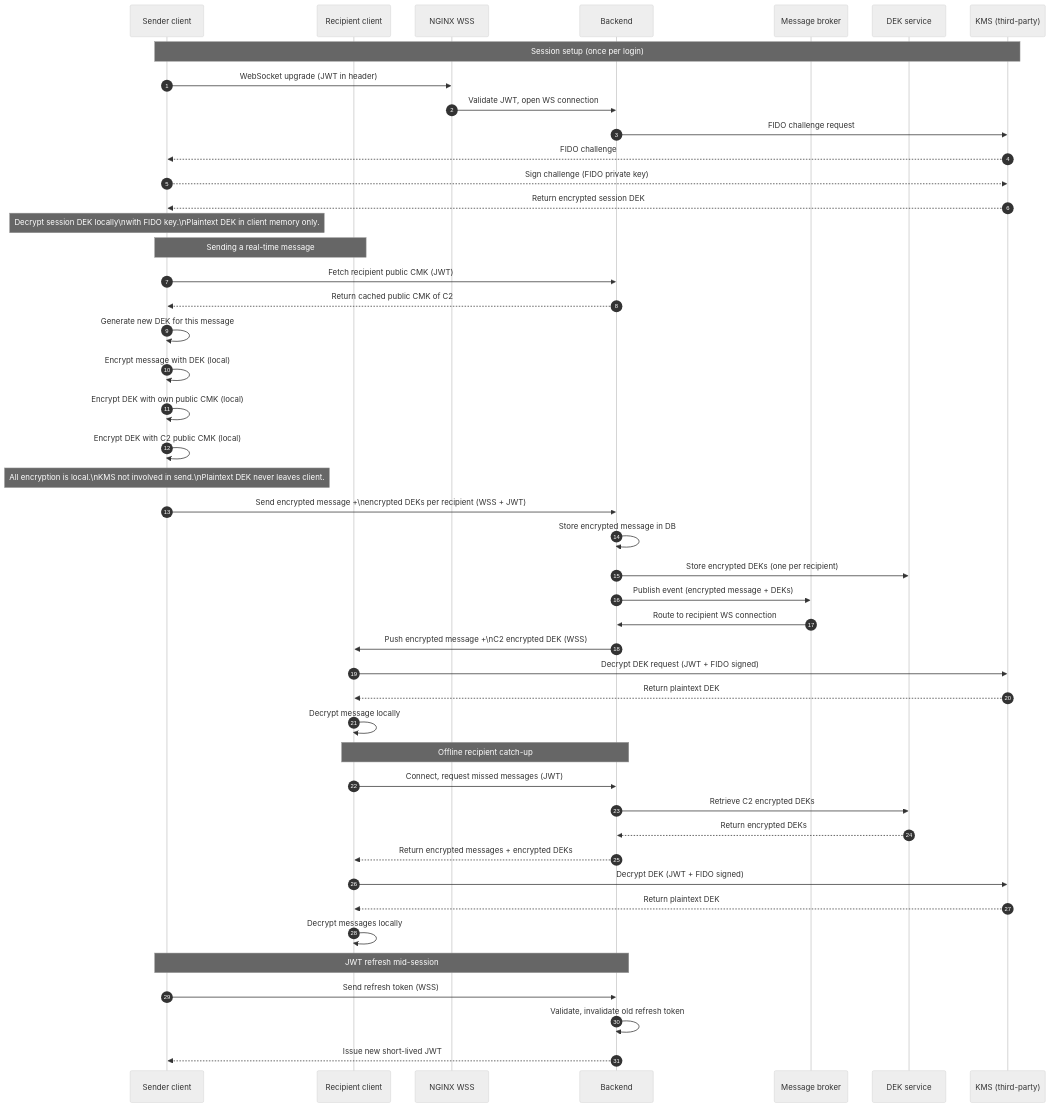
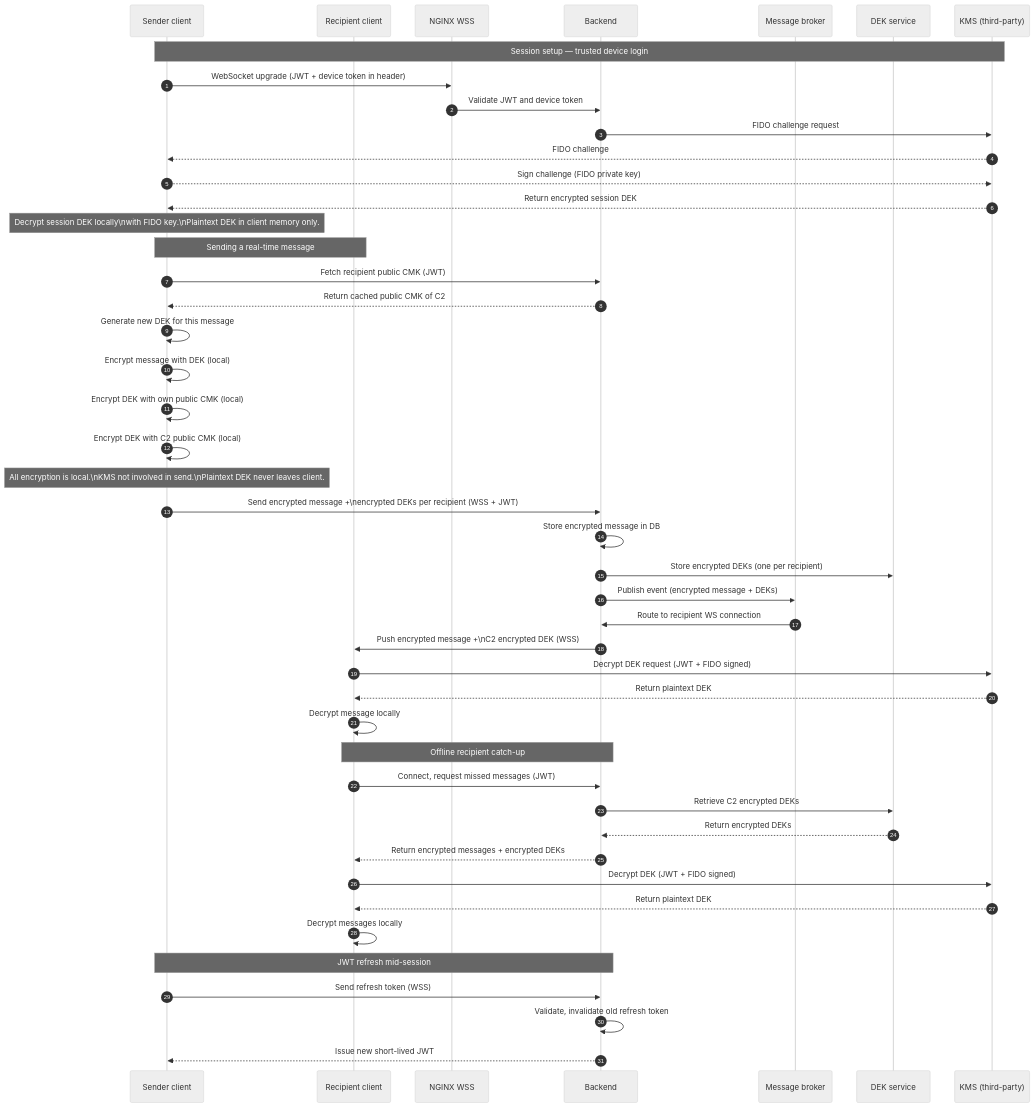
Before and after one commit to CatherineHSU39/Cryptography_Engineering_and_Web_Dev_Final_Project: the sixth of 6 diagrams in docs/architecture/security-architecture-design-document.md, drawn with Mermaid (neutral theme). The commit also changed other lines of this file, not shown here.

Commit message:
fix(doc): update security architecture document to version 2.1 and enhance multi-factor authentication details

````diff
--- a/docs/architecture/security-architecture-design-document.md
+++ b/docs/architecture/security-architecture-design-document.md
@@ -539,52 +681,52 @@
 ```mermaid
 sequenceDiagram
     autonumber
     participant C1 as Sender client
     participant C2 as Recipient client
     participant N as NGINX WSS
     participant B as Backend
     participant BR as Message broker
     participant D as DEK service
     participant K as KMS (third-party)
 
-    Note over C1,K: Session setup (once per login)
-    C1->>N: WebSocket upgrade (JWT in header)
-    N->>B: Validate JWT, open WS connection
+    Note over C1,K: Session setup — trusted device login
+    C1->>N: WebSocket upgrade (JWT + device token in header)
+    N->>B: Validate JWT and device token
     B->>K: FIDO challenge request
     K-->>C1: FIDO challenge
     C1-->>K: Sign challenge (FIDO private key)
     K-->>C1: Return encrypted session DEK
     Note over C1: Decrypt session DEK locally\nwith FIDO key.\nPlaintext DEK in client memory only.
 
     Note over C1,C2: Sending a real-time message
     C1->>B: Fetch recipient public CMK (JWT)
     B-->>C1: Return cached public CMK of C2
     C1->>C1: Generate new DEK for this message
     C1->>C1: Encrypt message with DEK (local)
     C1->>C1: Encrypt DEK with own public CMK (local)
     C1->>C1: Encrypt DEK with C2 public CMK (local)
     Note over C1: All encryption is local.\nKMS not involved in send.\nPlaintext DEK never leaves client.
     C1->>B: Send encrypted message +\nencrypted DEKs per recipient (WSS + JWT)
     B->>B: Store encrypted message in DB
     B->>D: Store encrypted DEKs (one per recipient)
     B->>BR: Publish event (encrypted message + DEKs)
     BR->>B: Route to recipient WS connection
     B->>C2: Push encrypted message +\nC2 encrypted DEK (WSS)
     C2->>K: Decrypt DEK request (JWT + FIDO signed)
     K-->>C2: Return plaintext DEK
     C2->>C2: Decrypt message locally
 
     Note over C2,B: Offline recipient catch-up
     C2->>B: Connect, request missed messages (JWT)
     B->>D: Retrieve C2 encrypted DEKs
     D-->>B: Return encrypted DEKs
     B-->>C2: Return encrypted messages + encrypted DEKs
     C2->>K: Decrypt DEK (JWT + FIDO signed)
     K-->>C2: Return plaintext DEK
     C2->>C2: Decrypt messages locally
 
     Note over C1,B: JWT refresh mid-session
     C1->>B: Send refresh token (WSS)
     B->>B: Validate, invalidate old refresh token
     B-->>C1: Issue new short-lived JWT
 ```
````
